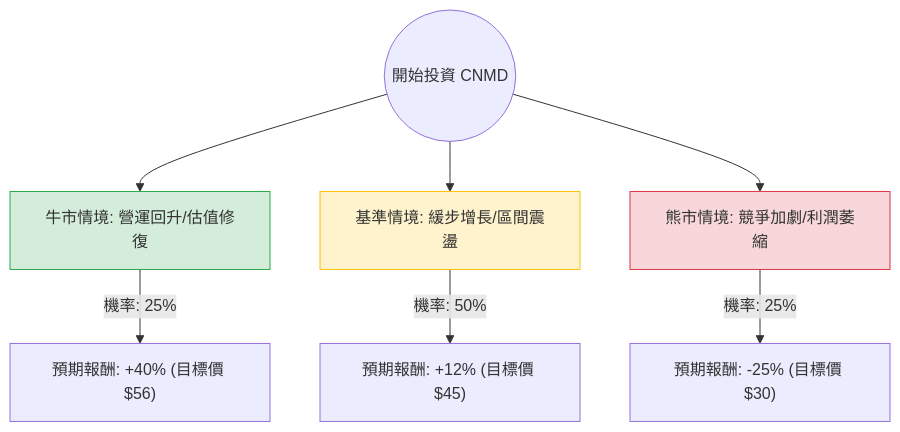
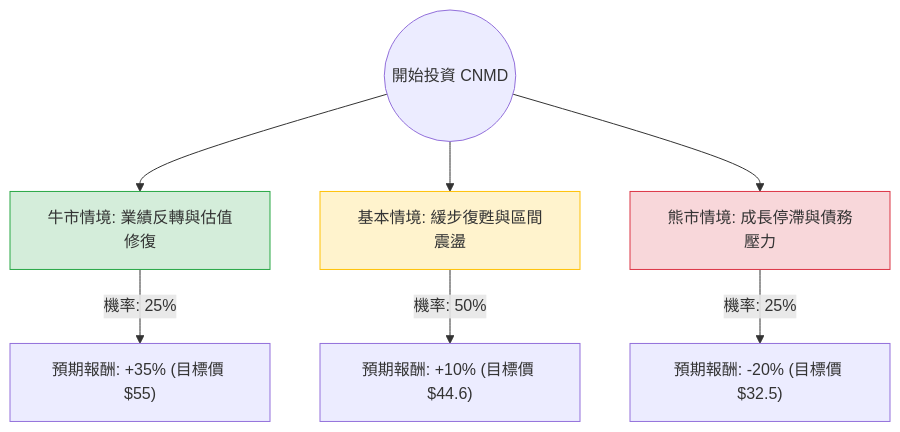
One commit to zmcx16/zmcx16.github.io changed the diagram in plugin-react/ai-analysis/ev-analysis/CNMD.md. Above: the diagram before and after it, drawn with Mermaid. The commit also changed other lines of this file and 80 other files, not shown here.

````diff
--- a/plugin-react/ai-analysis/ev-analysis/CNMD.md
+++ b/plugin-react/ai-analysis/ev-analysis/CNMD.md
@@ -19,14 +19,14 @@
 ```mermaid
 graph TD
-    Start((開始投資 CNMD)) --> Bull[牛市情境: 營運回升/估值修復]
-    Start --> Base[基準情境: 緩步增長/區間震盪]
-    Start --> Bear[熊市情境: 競爭加劇/利潤萎縮]
+    Start((開始投資 CNMD)) --> Bull[牛市情境: 業績反轉與估值修復]
+    Start --> Base[基本情境: 緩步復甦與區間震盪]
+    Start --> Bear[熊市情境: 成長停滯與債務壓力]
 
-    Bull -- "機率: 25%" --> BullVal["預期報酬: +40% (目標價 $56)"]
-    Base -- "機率: 50%" --> BaseVal["預期報酬: +12% (目標價 $45)"]
-    Bear -- "機率: 25%" --> BearVal["預期報酬: -25% (目標價 $30)"]
+    Bull -- "機率: 25%" --> Bull_EV["預期報酬: +35% (目標價 $55)"]
+    Base -- "機率: 50%" --> Base_EV["預期報酬: +10% (目標價 $44.6)"]
+    Bear -- "機率: 25%" --> Bear_EV["預期報酬: -20% (目標價 $32.5)"]
 
     style Bull fill:#d4edda,stroke:#28a745
     style Base fill:#fff3cd,stroke:#ffc107
     style Bear fill:#f8d7da,stroke:#dc3545
 ```
````
